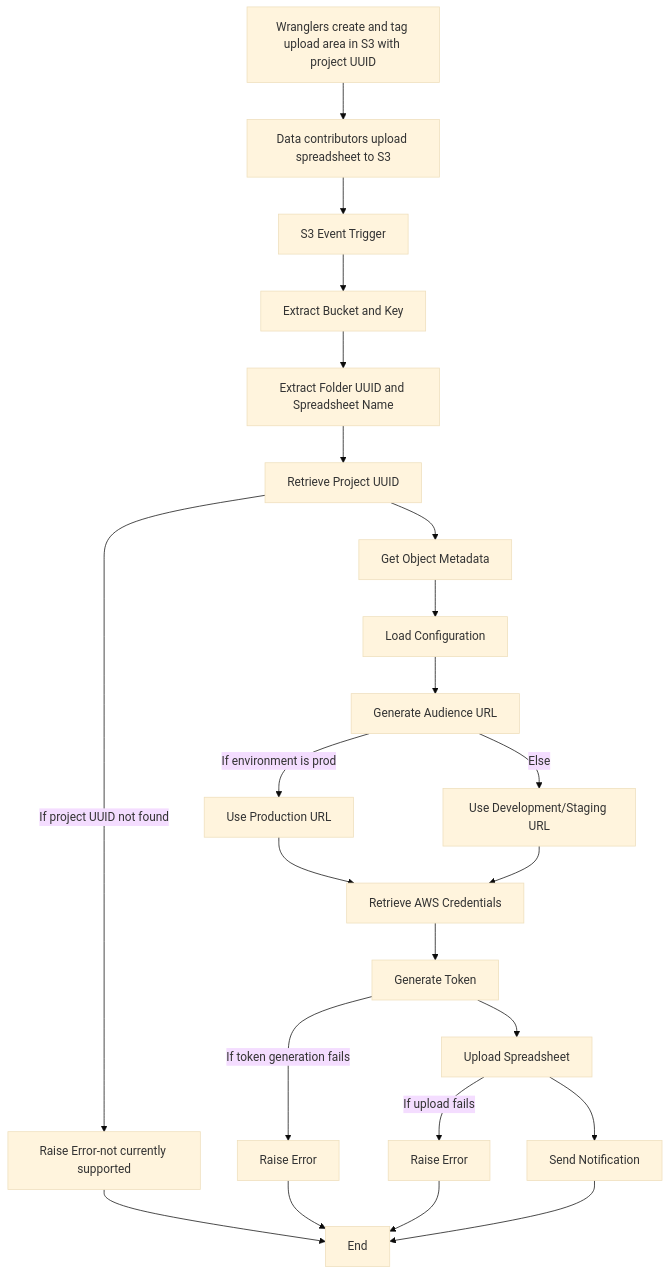
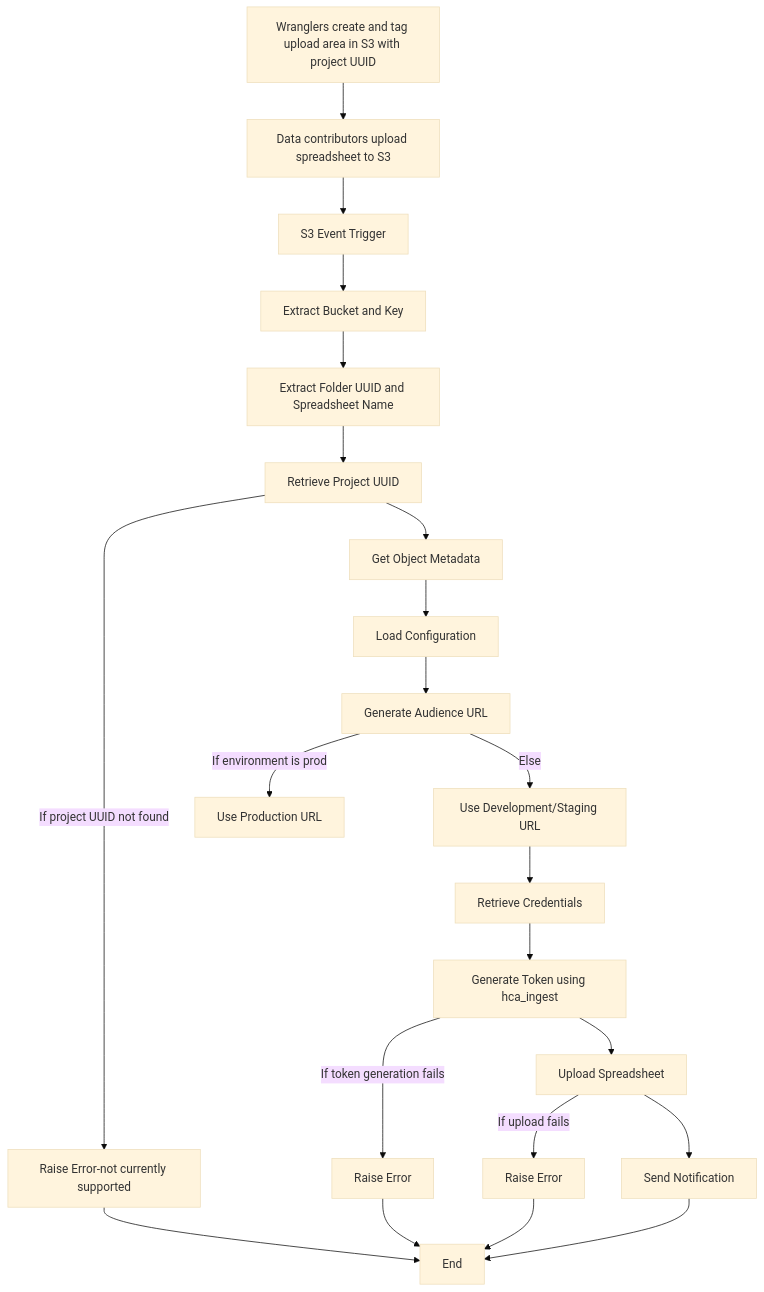
The diagram in README.md (ebi-ait/dcp-secure-spreadsheet-upload), drawn with Mermaid (base theme) before and after one commit. The commit also changed other lines of this file and 6 other files, not shown here.

Commit message:
sub-94: Updated token authentication to use hca_ingest and modified related configurations

````diff
--- a/README.md
+++ b/README.md
@@ -28,26 +32,25 @@
 ```mermaid
 flowchart TD
    A[Wranglers create and tag upload area in S3 with project UUID] --> B[Data contributors upload spreadsheet to S3]
    B --> C[S3 Event Trigger]
    C --> D[Extract Bucket and Key]
    D --> E[Extract Folder UUID and Spreadsheet Name]
    E --> F[Retrieve Project UUID]
    F --> |If project UUID not found| G[Raise Error-not currently supported]
    F --> H[Get Object Metadata]
    H --> I[Load Configuration]
    I --> J[Generate Audience URL]
    J --> |If environment is prod| K[Use Production URL]
    J --> |Else| L[Use Development/Staging URL]
-   K --> M[Retrieve Credentials]
-   L --> M[Retrieve AWS Credentials]
-   M --> N[Generate Token]
+   L --> M[Retrieve Credentials]
+   M --> N[Generate Token using hca_ingest]
    N --> |If token generation fails| O[Raise Error]
    N --> P[Upload Spreadsheet]
    P --> |If upload fails| Q[Raise Error]
    P --> R[Send Notification]
    R --> S[End]
    G --> S
    O --> S
    Q --> S
 
 ```
````
